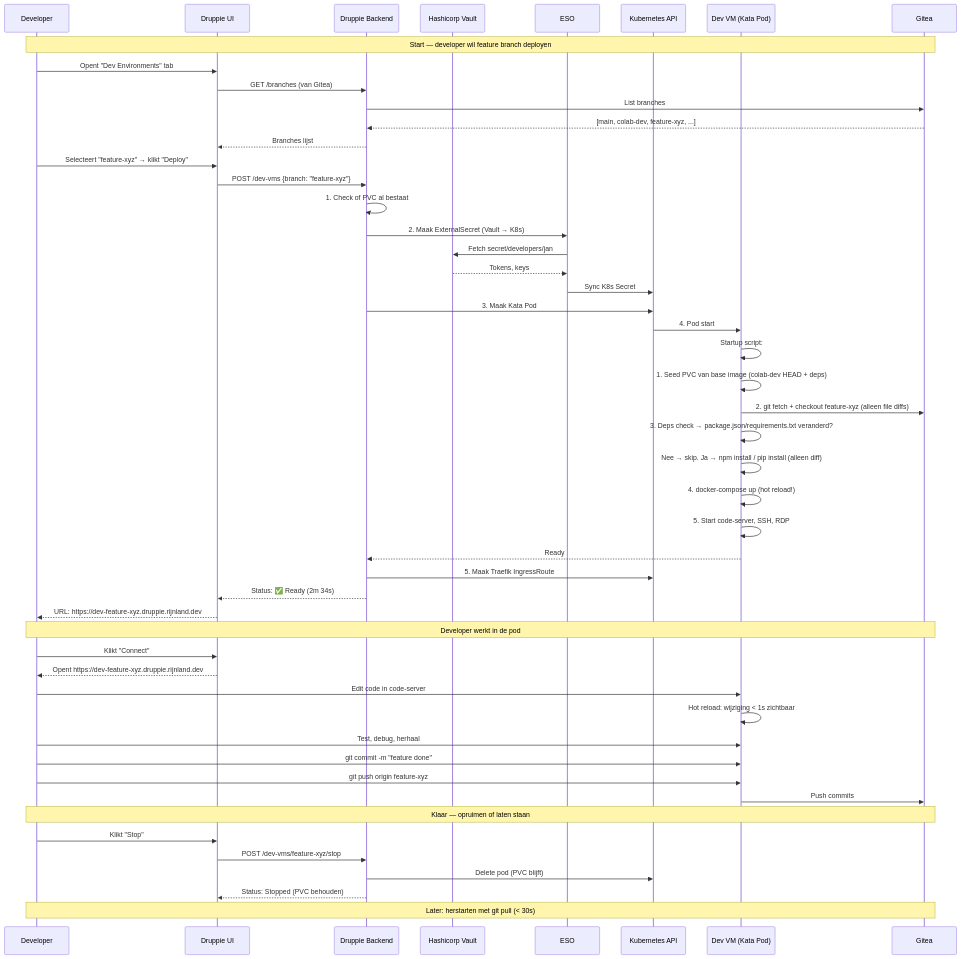
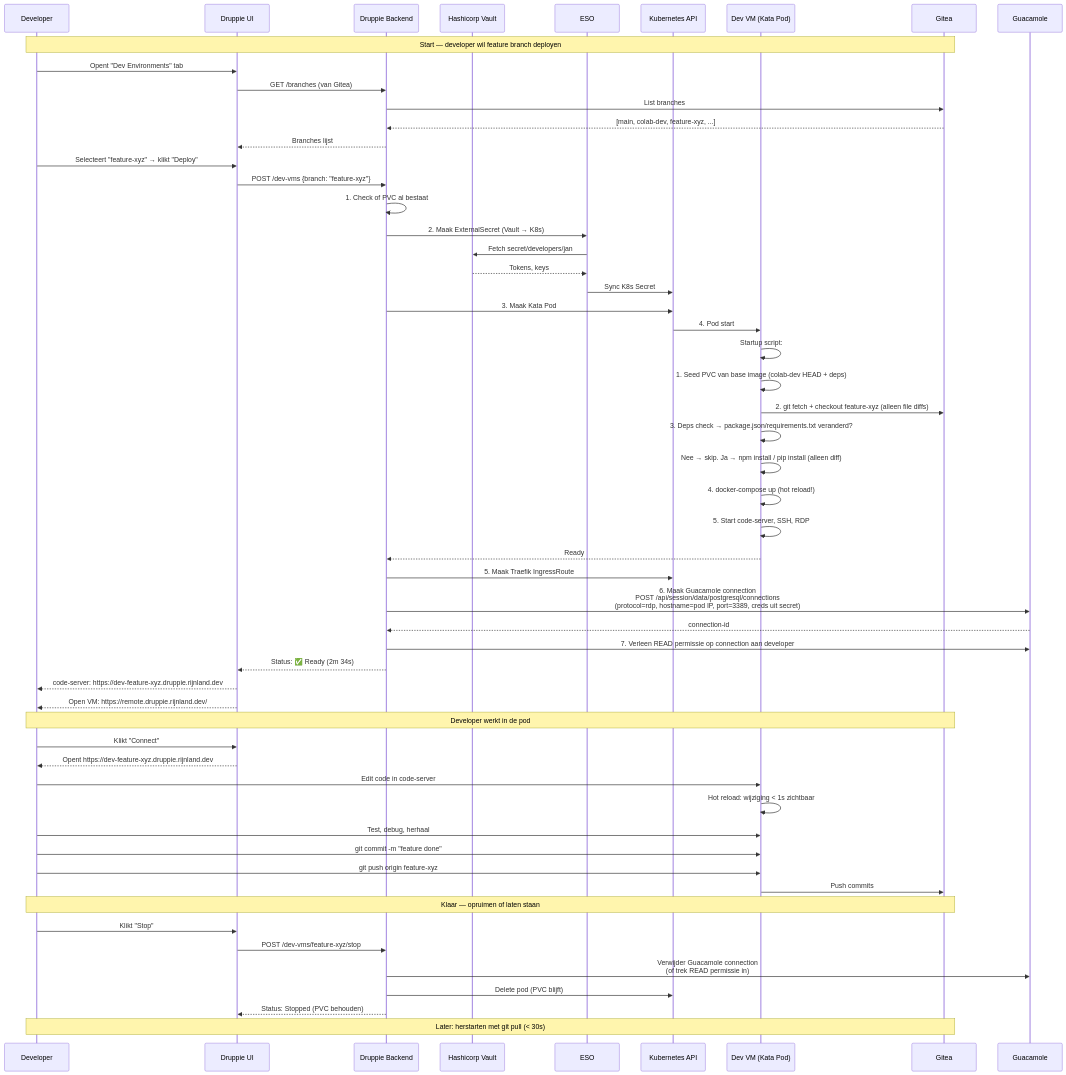
Before and after one commit to nuno-git/druppie-fork: the eighth of 12 diagrams in docs/dev-environment-architecture.md, drawn with Mermaid. The commit also changed other lines of this file, not shown here.

First line of the commit message:
docs: Guacamole werking, Keycloak OIDC-login en deploy-flow uitgebreid

````diff
--- a/docs/dev-environment-architecture.md
+++ b/docs/dev-environment-architecture.md
@@ -505,65 +579,71 @@
 ```mermaid
 sequenceDiagram
     participant Dev as Developer
     participant UI as Druppie UI
     participant BE as Druppie Backend
     participant Vault as Hashicorp Vault
     participant ESO as ESO
     participant K8s as Kubernetes API
     participant Pod as Dev VM (Kata Pod)
     participant Git as Gitea
+    participant Guac as Guacamole
 
     Note over Dev,Git: Start — developer wil feature branch deployen
 
     Dev->>UI: Opent "Dev Environments" tab
     UI->>BE: GET /branches (van Gitea)
     BE->>Git: List branches
     Git-->>BE: [main, colab-dev, feature-xyz, ...]
     BE-->>UI: Branches lijst
 
     Dev->>UI: Selecteert "feature-xyz" → klikt "Deploy"
     UI->>BE: POST /dev-vms {branch: "feature-xyz"}
 
     BE->>BE: 1. Check of PVC al bestaat
     BE->>ESO: 2. Maak ExternalSecret (Vault → K8s)
     ESO->>Vault: Fetch secret/developers/jan
     Vault-->>ESO: Tokens, keys
     ESO->>K8s: Sync K8s Secret
 
     BE->>K8s: 3. Maak Kata Pod
     K8s->>Pod: 4. Pod start
 
     Pod->>Pod: Startup script:
     Pod->>Pod: 1. Seed PVC van base image (colab-dev HEAD + deps)
     Pod->>Git: 2. git fetch + checkout feature-xyz (alleen file diffs)
     Pod->>Pod: 3. Deps check → package.json/requirements.txt veranderd?
     Pod->>Pod:    Nee → skip. Ja → npm install / pip install (alleen diff)
     Pod->>Pod: 4. docker-compose up (hot reload!)
     Pod->>Pod: 5. Start code-server, SSH, RDP
 
     Pod-->>BE: Ready
     BE->>K8s: 5. Maak Traefik IngressRoute
+    BE->>Guac: 6. Maak Guacamole connection<br/>POST /api/session/data/postgresql/connections<br/>(protocol=rdp, hostname=pod IP, port=3389, creds uit secret)
+    Guac-->>BE: connection-id
+    BE->>Guac: 7. Verleen READ permissie op connection aan developer
     BE-->>UI: Status: ✅ Ready (2m 34s)
-    UI-->>Dev: URL: https://dev-feature-xyz.druppie.rijnland.dev
+    UI-->>Dev: code-server: https://dev-feature-xyz.druppie.rijnland.dev
+    UI-->>Dev: Open VM: https://remote.druppie.rijnland.dev/#/client/&lt;encoded-id&gt;
 
     Note over Dev,Git: Developer werkt in de pod
 
     Dev->>UI: Klikt "Connect"
     UI-->>Dev: Opent https://dev-feature-xyz.druppie.rijnland.dev
     Dev->>Pod: Edit code in code-server
     Pod->>Pod: Hot reload: wijziging < 1s zichtbaar
     Dev->>Pod: Test, debug, herhaal
 
     Dev->>Pod: git commit -m "feature done"
     Dev->>Pod: git push origin feature-xyz
     Pod->>Git: Push commits
 
     Note over Dev,Git: Klaar — opruimen of laten staan
 
     Dev->>UI: Klikt "Stop"
     UI->>BE: POST /dev-vms/feature-xyz/stop
+    BE->>Guac: Verwijder Guacamole connection<br/>(of trek READ permissie in)
     BE->>K8s: Delete pod (PVC blijft)
     BE-->>UI: Status: Stopped (PVC behouden)
 
     Note over Dev,Git: Later: herstarten met git pull (< 30s)
 ```
````
